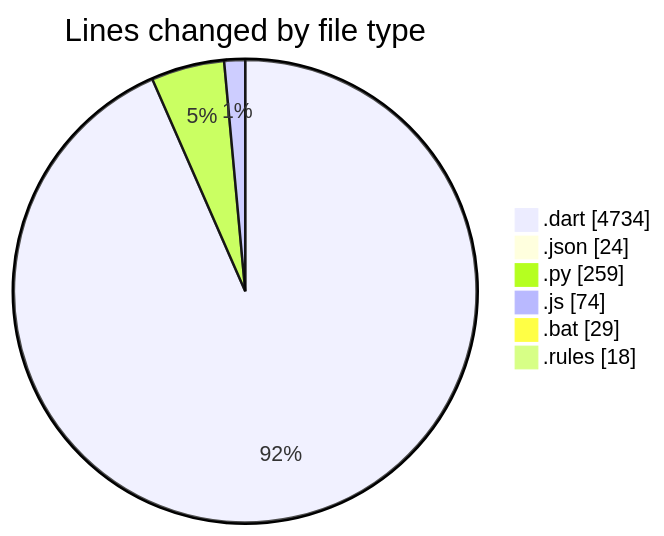
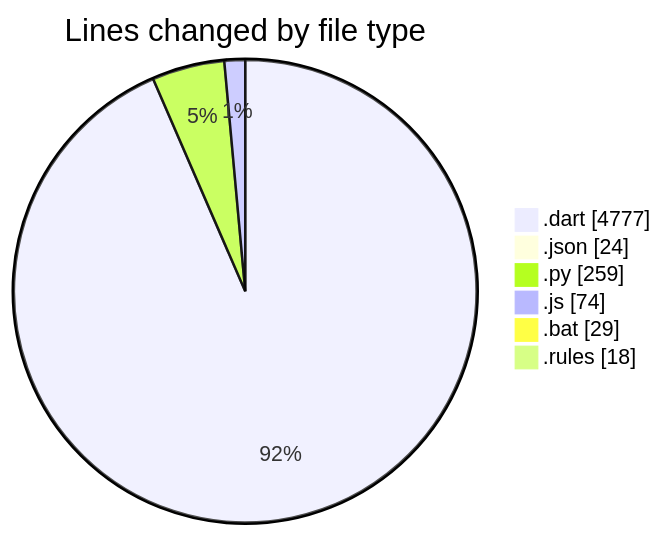
The first of 2 diagrams in 2025-08-04/studybuddy/README.md (lephambinh05/code-tracking), drawn with Mermaid before and after one commit. The commit also changed other lines of this file and 1 other file, not shown here.

````diff
--- a/2025-08-04/studybuddy/README.md
+++ b/2025-08-04/studybuddy/README.md
@@ -51,10 +52,10 @@
 ```mermaid
 pie showData
 title Lines changed by file type
-".dart" : 4734
+".dart" : 4777
 ".json" : 24
 ".py" : 259
 ".js" : 74
 ".bat" : 29
 ".rules" : 18
 ```
````
